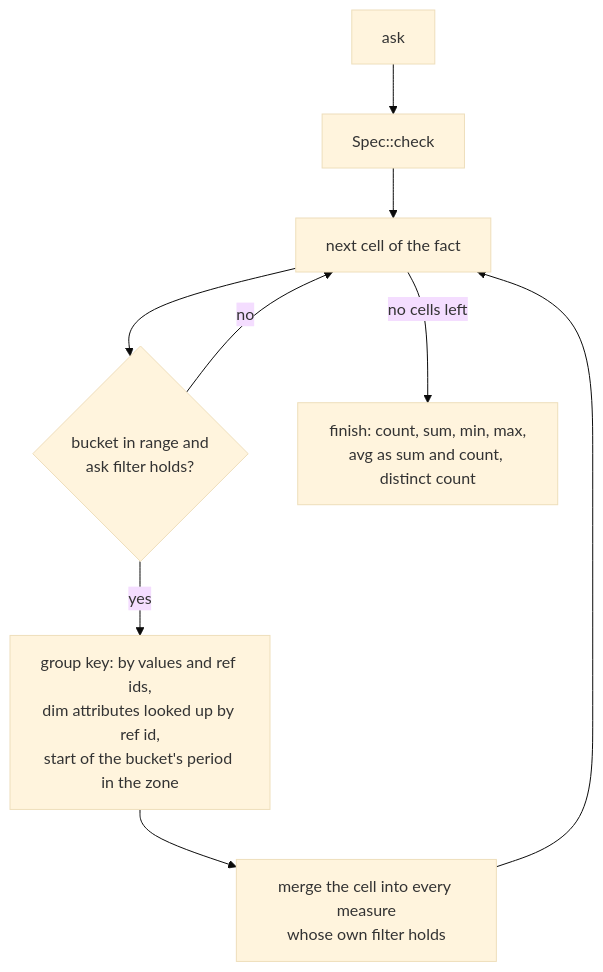
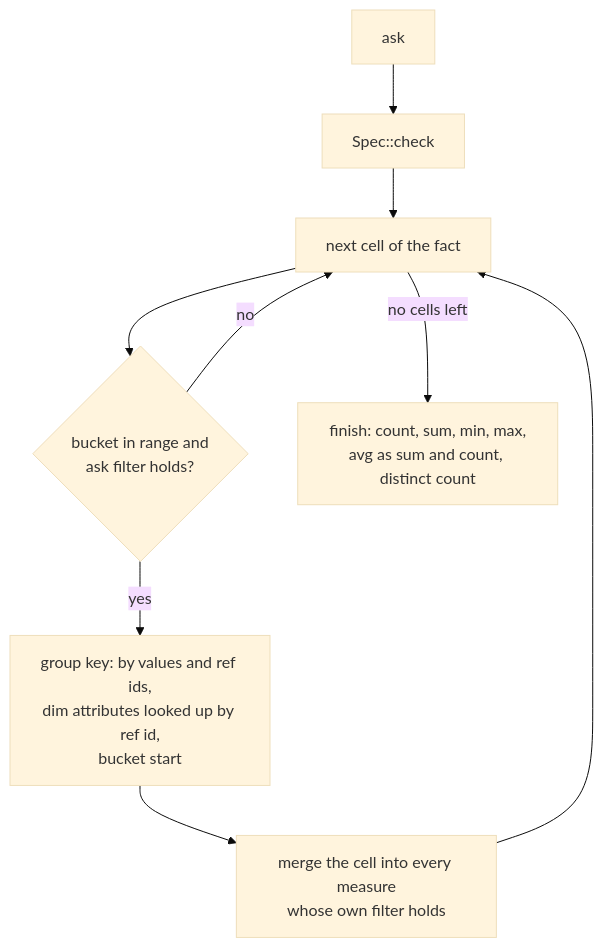
Before and after one commit to janbjorge/straum: the first of 5 diagrams in research/ARCHITECTURE.md, drawn with Mermaid (base theme). The commit also changed other lines of this file and 27 other files, not shown here.

````diff
--- a/research/ARCHITECTURE.md
+++ b/research/ARCHITECTURE.md
@@ -113,11 +111,11 @@
 ```mermaid
 flowchart TD
   a["ask"] --> c["Spec::check"]
   c --> s["next cell of the fact"]
   s --> r{"bucket in range and<br/>ask filter holds?"}
   r -->|no| s
-  r -->|yes| g["group key: by values and ref ids,<br/>dim attributes looked up by ref id,<br/>start of the bucket's period in the zone"]
+  r -->|yes| g["group key: by values and ref ids,<br/>dim attributes looked up by ref id,<br/>bucket start"]
   g --> m["merge the cell into every measure<br/>whose own filter holds"]
   m --> s
   s -->|no cells left| f["finish: count, sum, min, max,<br/>avg as sum and count, distinct count"]
 ```
````
